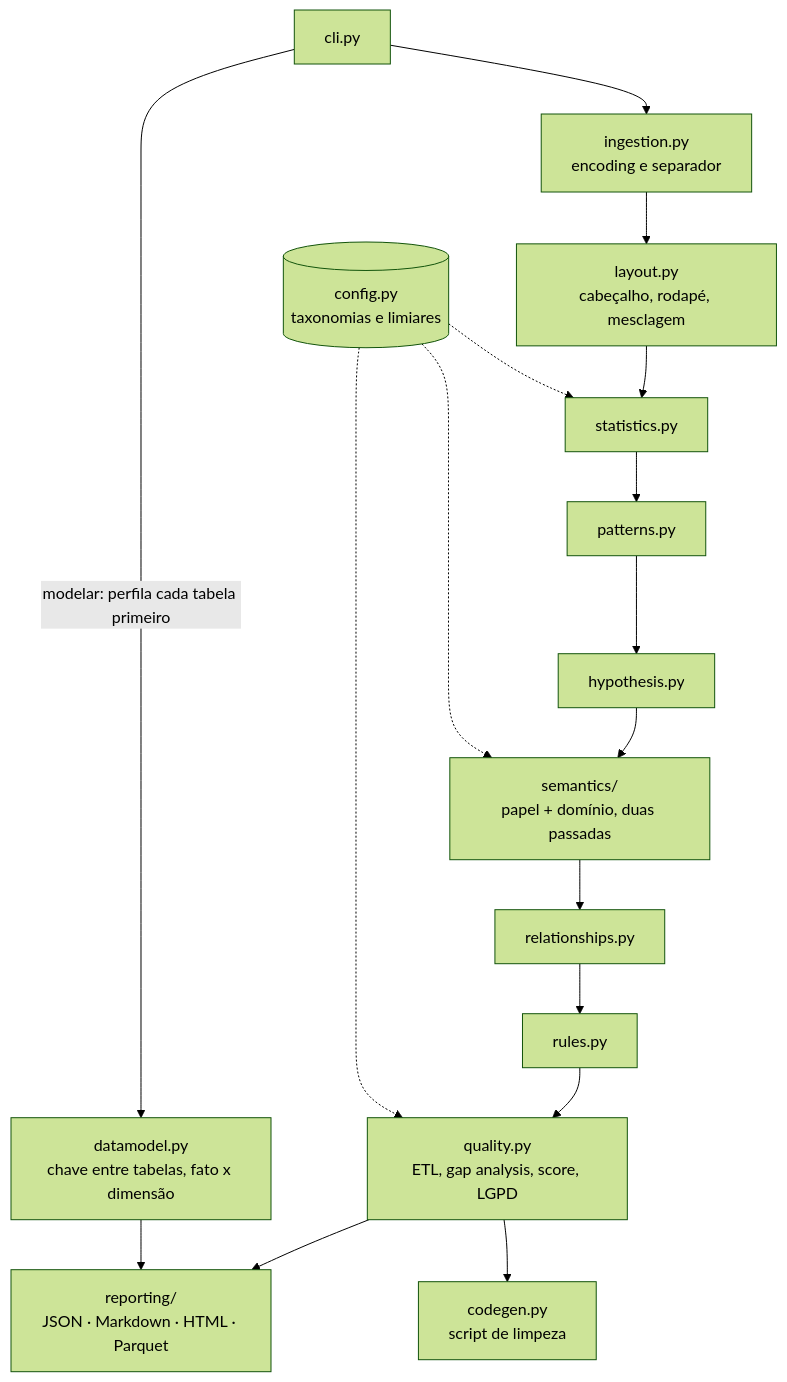
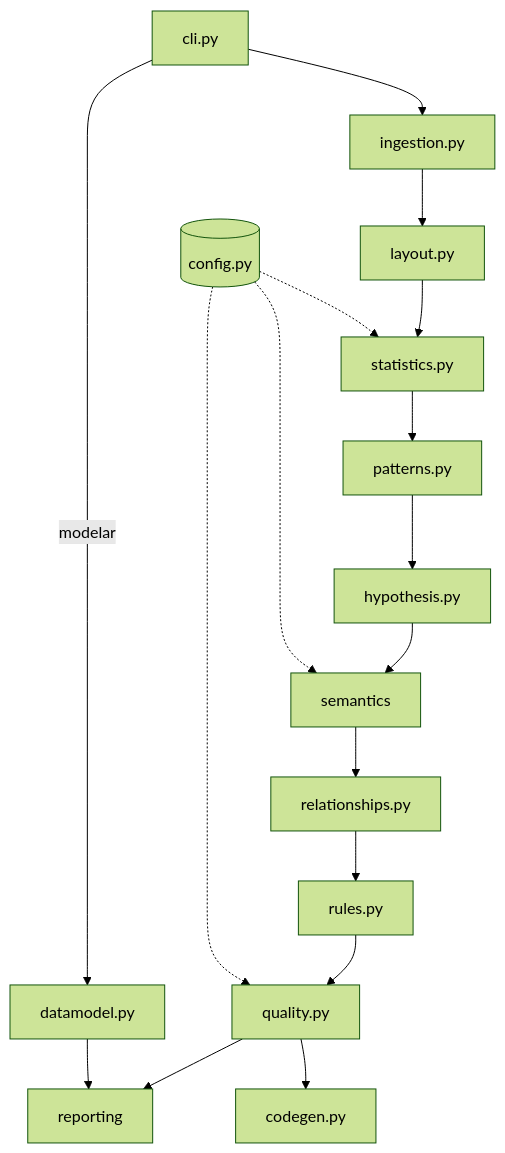
One commit to Caio-Analytics/Recon changed the diagram in README.md. Above: the diagram before and after it, drawn with Mermaid (forest theme). The commit also changed other lines of this file and 5 other files, not shown here.

Commit message:
docs: update version 3 specification and Mermaid diagram

````diff
--- a/README.md
+++ b/README.md
@@ -106,28 +106,28 @@
 ```mermaid
 flowchart TD
     CLI[cli.py]
-    ING[ingestion.py<br/>encoding e separador]
-    LAY[layout.py<br/>cabeçalho, rodapé, mesclagem]
+    ING[ingestion.py]
+    LAY[layout.py]
     F1A[statistics.py]
     F1B[patterns.py]
     F1C[hypothesis.py]
-    F2[semantics/<br/>papel + domínio, duas passadas]
+    F2[semantics]
     F3A[relationships.py]
     F3B[rules.py]
-    F4[quality.py<br/>ETL, gap analysis, score, LGPD]
-    REP[reporting/<br/>JSON · Markdown · HTML · Parquet]
-    GEN[codegen.py<br/>script de limpeza]
-    DM[datamodel.py<br/>chave entre tabelas, fato x dimensão]
-    CFG[(config.py<br/>taxonomias e limiares)]
+    F4[quality.py]
+    REP[reporting]
+    GEN[codegen.py]
+    DM[datamodel.py]
+    CFG[(config.py)]
 
     CLI --> ING --> LAY --> F1A
     F1A --> F1B --> F1C --> F2
     F2 --> F3A --> F3B --> F4
     F4 --> REP
     F4 --> GEN
-    CLI -- modelar: perfila cada tabela primeiro --> DM
+    CLI -- modelar --> DM
     DM --> REP
     CFG -.-> F1A
     CFG -.-> F2
     CFG -.-> F4
 ```
````
